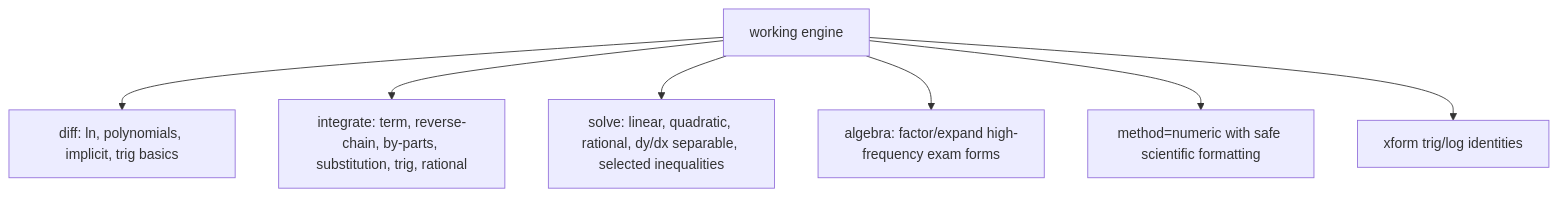
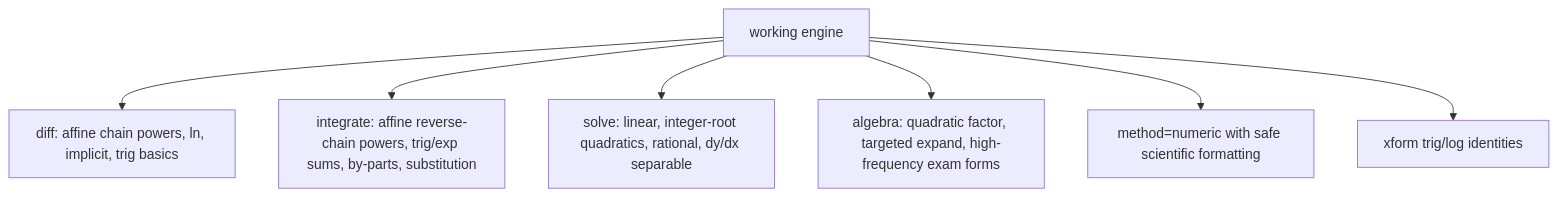
Before and after one commit to james8464/notes-addin-casio-fx-cg50: the third of 5 diagrams in docs/GRAPH.md, drawn with Mermaid. The commit also changed other lines of this file and 4 other files, not shown here.

````diff
--- a/docs/GRAPH.md
+++ b/docs/GRAPH.md
@@ -34,9 +34,9 @@
 ```mermaid
 graph TD
-  Work["working engine"] --> Diff["diff: ln, polynomials, implicit, trig basics"]
-  Work --> Int["integrate: term, reverse-chain, by-parts, substitution, trig, rational"]
-  Work --> Solve["solve: linear, quadratic, rational, dy/dx separable, selected inequalities"]
-  Work --> Alg["algebra: factor/expand high-frequency exam forms"]
+  Work["working engine"] --> Diff["diff: affine chain powers, ln, implicit, trig basics"]
+  Work --> Int["integrate: affine reverse-chain powers, trig/exp sums, by-parts, substitution"]
+  Work --> Solve["solve: linear, integer-root quadratics, rational, dy/dx separable"]
+  Work --> Alg["algebra: quadratic factor, targeted expand, high-frequency exam forms"]
   Work --> Num["method=numeric with safe scientific formatting"]
   Work --> Xform["xform trig/log identities"]
 ```
````
